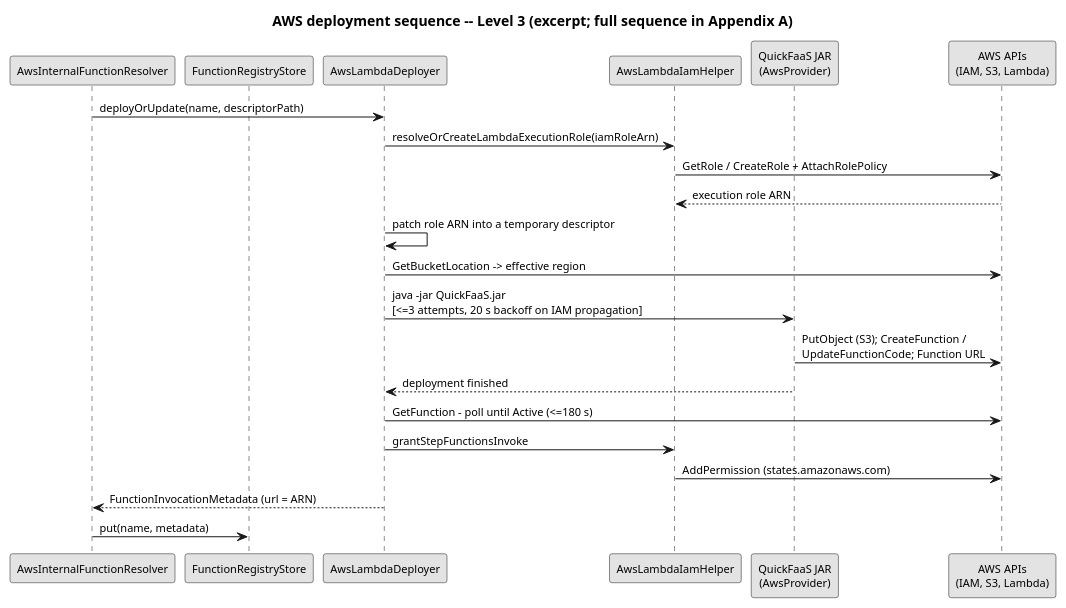
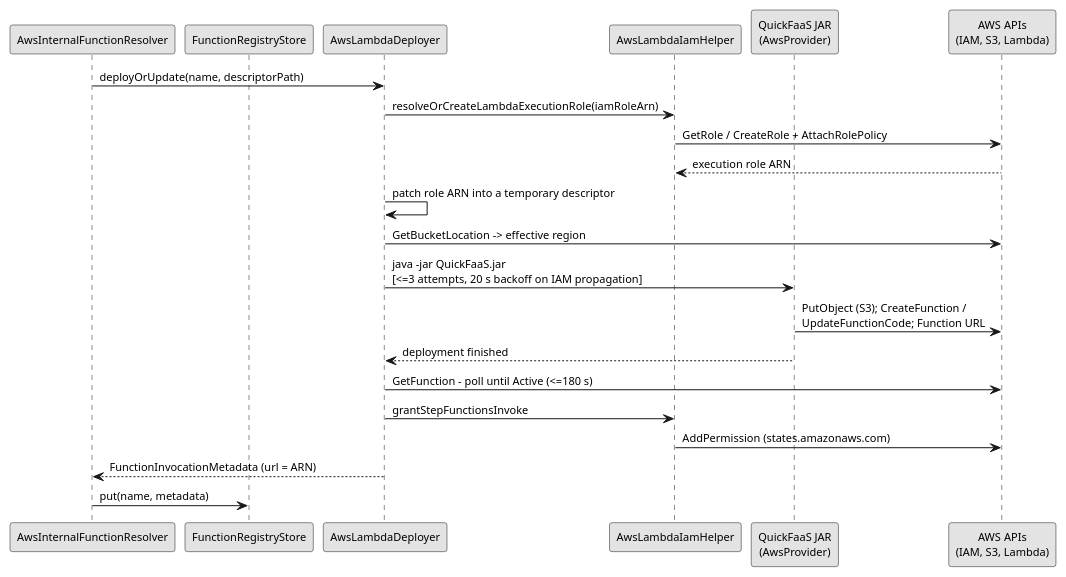
One commit to EngenheiroPedroCarvalho/ISEL-Thesis-2526 changed the diagram in diagrams/aws-deploy-sequence-level3.puml. Above: the diagram before and after it, drawn with PlantUML. The commit also changed 52 other files, not shown here.

First line of the commit message:
Drop diagram titles and use "deployment" in the Resumo

```diff
--- a/diagrams/aws-deploy-sequence-level3.puml
+++ b/diagrams/aws-deploy-sequence-level3.puml
@@ -1,28 +1,26 @@
 @startuml aws-deploy-sequence-level3
 skinparam monochrome true
 skinparam shadowing false
 skinparam defaultFontSize 11
-title AWS deployment sequence -- Level 3 (excerpt; full sequence in Appendix A)
-
 participant "AwsInternalFunctionResolver" as R
 participant "FunctionRegistryStore" as REG
 participant "AwsLambdaDeployer" as ALD
 participant "AwsLambdaIamHelper" as IAM
 participant "QuickFaaS JAR\n(AwsProvider)" as QF
 participant "AWS APIs\n(IAM, S3, Lambda)" as AWS
 
 R -> ALD : deployOrUpdate(name, descriptorPath)
 ALD -> IAM : resolveOrCreateLambdaExecutionRole(iamRoleArn)
 IAM -> AWS : GetRole / CreateRole + AttachRolePolicy
 AWS --> IAM : execution role ARN
 ALD -> ALD : patch role ARN into a temporary descriptor
 ALD -> AWS : GetBucketLocation -> effective region
 ALD -> QF : java -jar QuickFaaS.jar\n[<=3 attempts, 20 s backoff on IAM propagation]
 QF -> AWS : PutObject (S3); CreateFunction /\nUpdateFunctionCode; Function URL
 QF --> ALD : deployment finished
 ALD -> AWS : GetFunction - poll until Active (<=180 s)
 ALD -> IAM : grantStepFunctionsInvoke
 IAM -> AWS : AddPermission (states.amazonaws.com)
 ALD --> R : FunctionInvocationMetadata (url = ARN)
 R -> REG : put(name, metadata)
 @enduml
```
